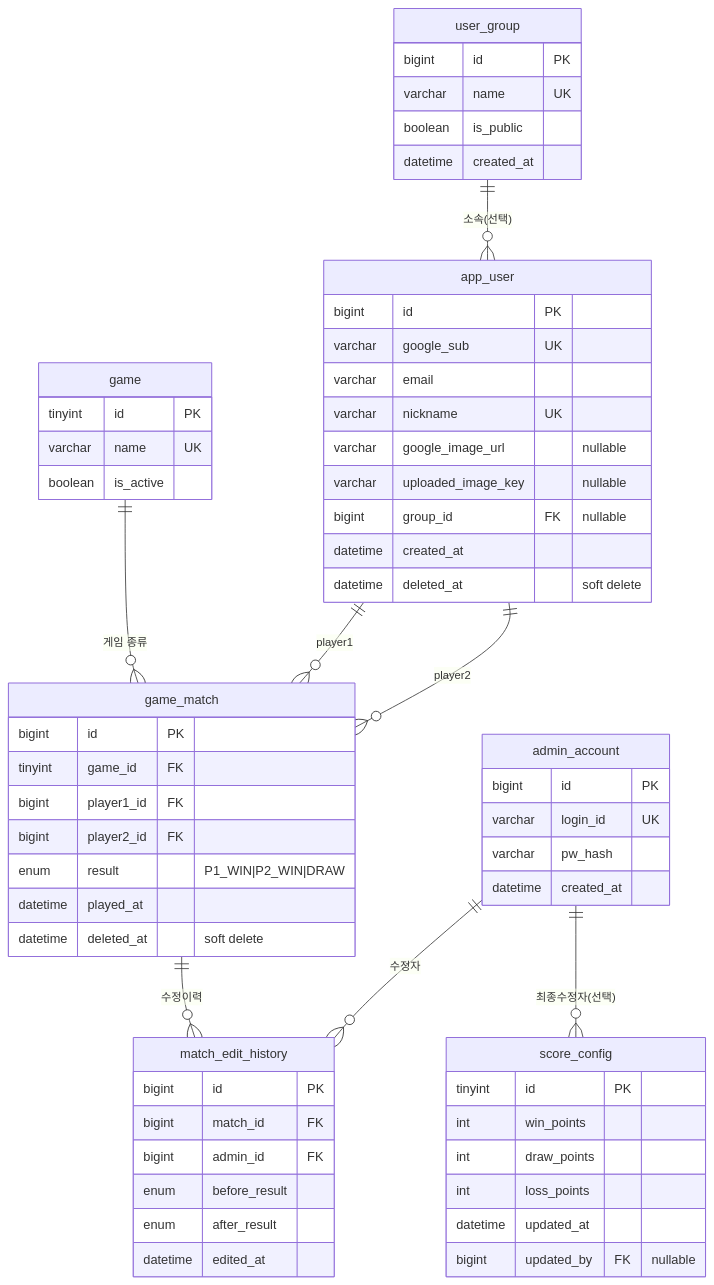
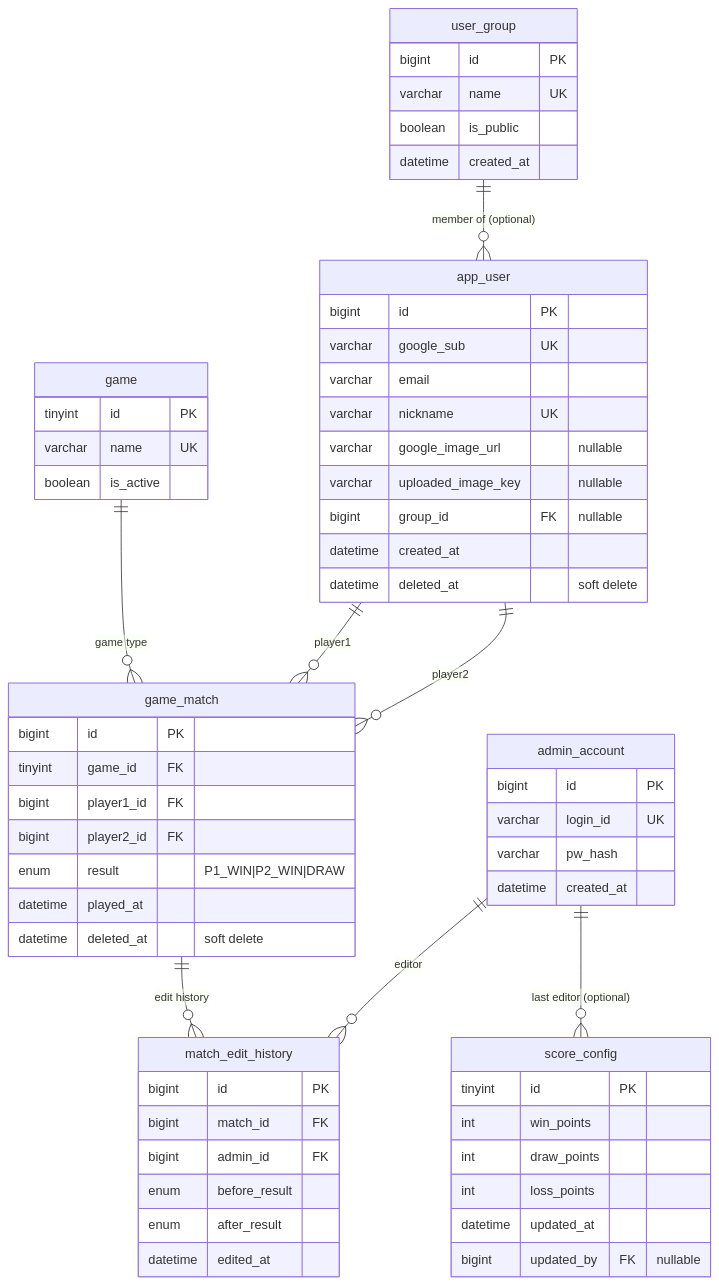
The diagram in docs/DATABASE.md (madcamp-official/26s-w1-c1-07), drawn with Mermaid before and after one commit. The commit also changed other lines of this file and 156 other files, not shown here.

````diff
--- a/docs/DATABASE.md
+++ b/docs/DATABASE.md
@@ -82,64 +82,64 @@
 ```mermaid
 erDiagram
-    user_group ||--o{ app_user : "소속(선택)"
-    game ||--o{ game_match : "게임 종류"
+    user_group ||--o{ app_user : "member of (optional)"
+    game ||--o{ game_match : "game type"
     app_user ||--o{ game_match : "player1"
     app_user ||--o{ game_match : "player2"
-    game_match ||--o{ match_edit_history : "수정이력"
-    admin_account ||--o{ match_edit_history : "수정자"
-    admin_account ||--o{ score_config : "최종수정자(선택)"
+    game_match ||--o{ match_edit_history : "edit history"
+    admin_account ||--o{ match_edit_history : "editor"
+    admin_account ||--o{ score_config : "last editor (optional)"
 
     user_group {
         bigint id PK
         varchar name UK
         boolean is_public
         datetime created_at
     }
     app_user {
         bigint id PK
         varchar google_sub UK
         varchar email
         varchar nickname UK
         varchar google_image_url "nullable"
         varchar uploaded_image_key "nullable"
         bigint group_id FK "nullable"
         datetime created_at
         datetime deleted_at "soft delete"
     }
     admin_account {
         bigint id PK
         varchar login_id UK
         varchar pw_hash
         datetime created_at
     }
     game {
         tinyint id PK
         varchar name UK
         boolean is_active
     }
     game_match {
         bigint id PK
         tinyint game_id FK
         bigint player1_id FK
         bigint player2_id FK
         enum result "P1_WIN|P2_WIN|DRAW"
         datetime played_at
         datetime deleted_at "soft delete"
     }
     match_edit_history {
         bigint id PK
         bigint match_id FK
         bigint admin_id FK
         enum before_result
         enum after_result
         datetime edited_at
     }
     score_config {
         tinyint id PK
         int win_points
         int draw_points
         int loss_points
         datetime updated_at
         bigint updated_by FK "nullable"
     }
 ```
````
